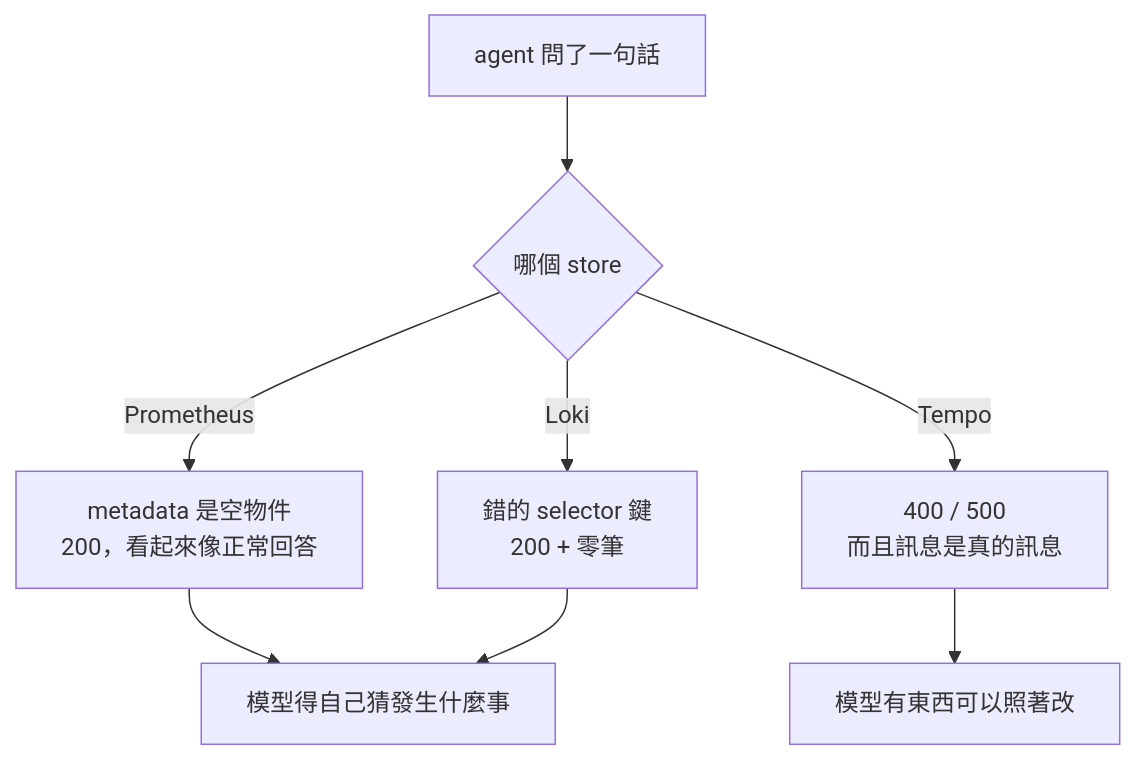
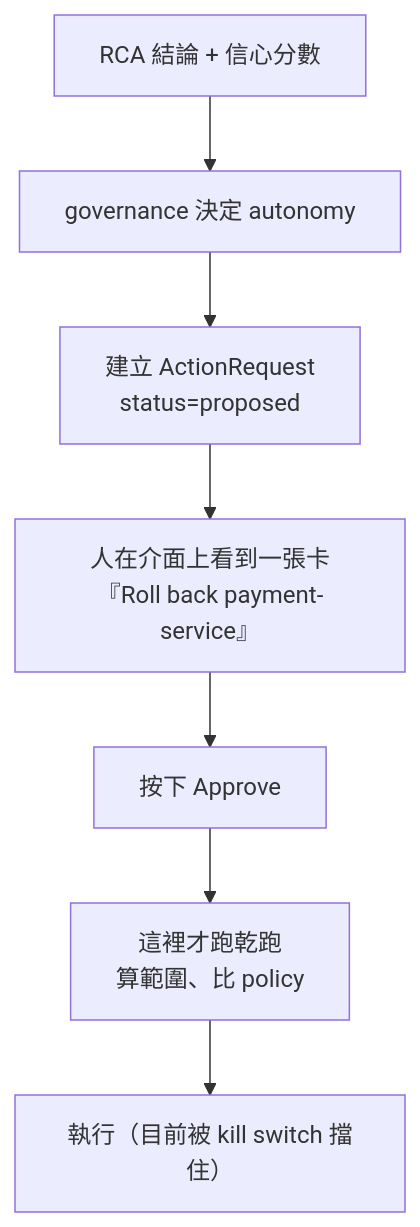
Before and after one commit to tedmax100/o11y-bench: the diagram in weaver-demo/ironman-2026/day23.md, drawn with Mermaid. The commit also changed other lines of this file and 81 other files, not shown here.

````diff
--- a/weaver-demo/ironman-2026/day23.md
+++ b/weaver-demo/ironman-2026/day23.md
@@ -50,10 +128,9 @@
 ```mermaid
 flowchart TB
-    A["agent 問了一句話"] --> P{"哪個 store"}
-    P -->|Prometheus| P1["metadata 是空物件<br/>200，看起來像正常回答"]
-    P -->|Loki| L1["錯的 selector 鍵<br/>200 + 零筆"]
-    P -->|Tempo| T1["400 / 500<br/>而且訊息是真的訊息"]
-    P1 --> S["模型得自己猜發生什麼事"]
-    L1 --> S
-    T1 --> R["模型有東西可以照著改"]
+    R["RCA 結論 + 信心分數"] --> G["governance 決定 autonomy"]
+    G --> P["建立 ActionRequest<br/>status=proposed"]
+    P --> H["人在介面上看到一張卡<br/>『Roll back payment-service』"]
+    H --> A["按下 Approve"]
+    A --> DR["這裡才跑乾跑<br/>算範圍、比 policy"]
+    DR --> X["執行（目前被 kill switch 擋住）"]
 ```
````
